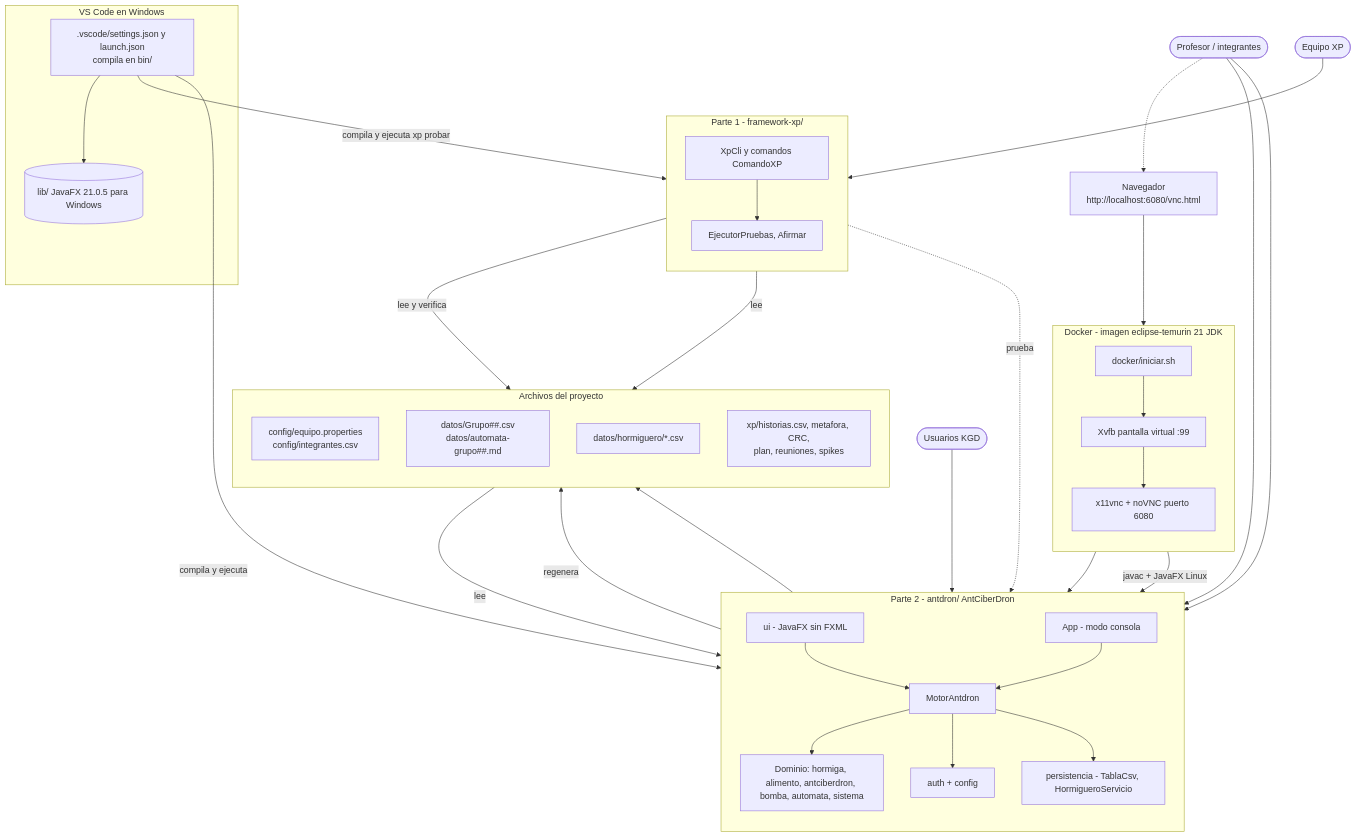
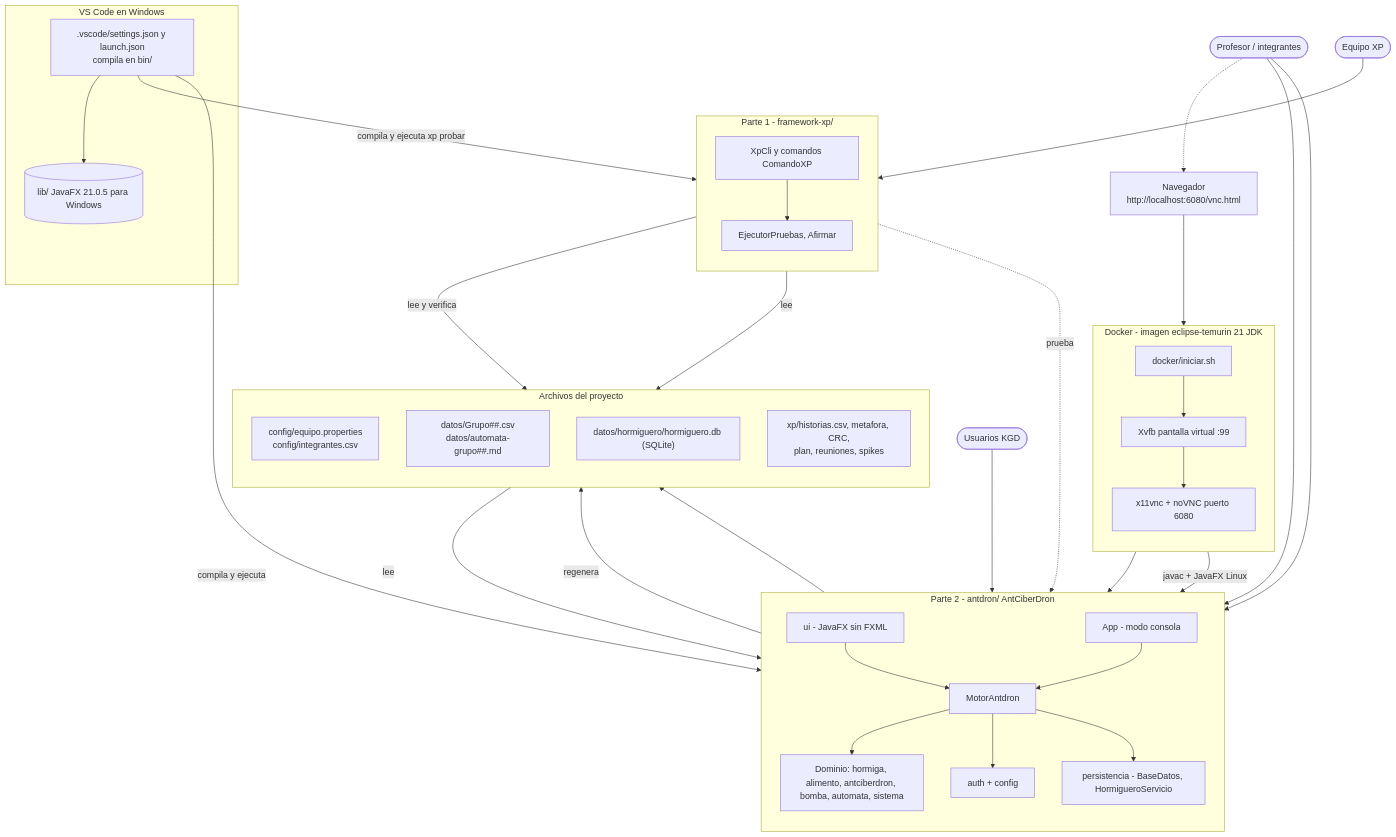
The first of 2 diagrams in docs/diagramas/arquitectura.md (papasfritasovo1997-cyber/Prueba-Hop), drawn with Mermaid before and after one commit. The commit also changed other lines of this file and 19 other files, not shown here.

````diff
--- a/docs/diagramas/arquitectura.md
+++ b/docs/diagramas/arquitectura.md
@@ -9,70 +9,70 @@
 ```mermaid
 flowchart TB
     Profesor(["Profesor / integrantes"])
     Kgd(["Usuarios KGD"])
     Equipo(["Equipo XP"])
     Navegador["Navegador<br/>http://localhost:6080/vnc.html"]
 
     subgraph docker["Docker - imagen eclipse-temurin 21 JDK"]
         direction TB
         Xvfb["Xvfb pantalla virtual :99"]
         Vnc["x11vnc + noVNC puerto 6080"]
         Ini["docker/iniciar.sh"]
         Xvfb --> Vnc
         Ini --> Xvfb
     end
 
     subgraph herr["VS Code en Windows"]
         Construir[".vscode/settings.json y launch.json<br/>compila en bin/"]
         Sdk[("lib/ JavaFX 21.0.5 para Windows")]
         Construir --> Sdk
     end
 
     subgraph app["Parte 2 - antdron/ AntCiberDron"]
         direction TB
         UI["ui - JavaFX sin FXML"]
         Consola["App - modo consola"]
         Motor["MotorAntdron"]
         Dominio["Dominio: hormiga, alimento, antciberdron, bomba, automata, sistema"]
         Auth["auth + config"]
-        Pers["persistencia - TablaCsv, HormigueroServicio"]
+        Pers["persistencia - BaseDatos, HormigueroServicio"]
         UI --> Motor
         Consola --> Motor
         Motor --> Dominio
         Motor --> Auth
         Motor --> Pers
     end
 
     subgraph fw["Parte 1 - framework-xp/"]
         direction TB
         Cli["XpCli y comandos ComandoXP"]
         Runner["EjecutorPruebas, Afirmar"]
         Cli --> Runner
     end
 
     subgraph archivos["Archivos del proyecto"]
         direction TB
         Cfg["config/equipo.properties<br/>config/integrantes.csv"]
         Gen["datos/Grupo##.csv<br/>datos/automata-grupo##.md"]
-        Hormi["datos/hormiguero/*.csv"]
+        Hormi["datos/hormiguero/hormiguero.db (SQLite)"]
         Xp["xp/historias.csv, metafora, CRC,<br/>plan, reuniones, spikes"]
     end
 
 
     Profesor --> UI
     Profesor --> Consola
     Profesor -.-> Navegador
     Navegador --> Vnc
     Vnc --> UI
     Kgd --> UI
     Equipo --> Cli
     Construir -->|compila y ejecuta| app
     Construir -->|compila y ejecuta xp probar| fw
     Runner -.->|prueba| app
     Cfg -->|lee| Motor
     Motor -->|regenera| Gen
     Pers --> Hormi
     Cli -->|lee y verifica| Xp
     Cli -->|lee| Cfg
     Ini -->|javac + JavaFX Linux| app
 ```
````
